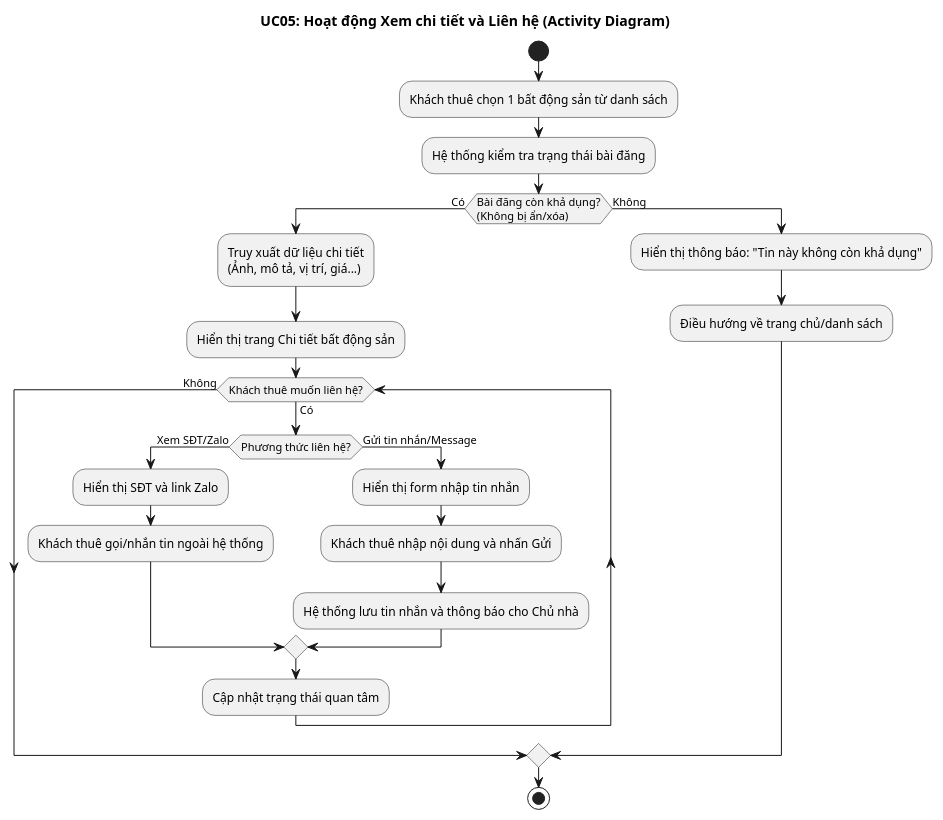
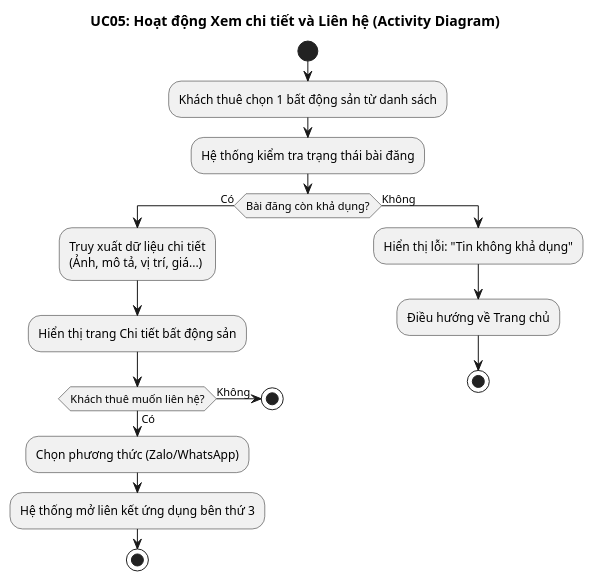
One commit to chishiya2309/LeaseLink-Backend changed the diagram in src/main/java/vn/hcmute/edu/lequanghung_nguyenthaibao/backend/uml/UC05_XemChiTiet_LienHe/UC05_XemChiTiet_LienHe_Activity.puml. Above: the diagram before and after it, drawn with PlantUML. The commit also changed 8 other files, not shown here.

```diff
--- a/src/main/java/vn/hcmute/edu/lequanghung_nguyenthaibao/backend/uml/UC05_XemChiTiet_LienHe/UC05_XemChiTiet_LienHe_Activity.puml
+++ b/src/main/java/vn/hcmute/edu/lequanghung_nguyenthaibao/backend/uml/UC05_XemChiTiet_LienHe/UC05_XemChiTiet_LienHe_Activity.puml
@@ -1,33 +1,27 @@
 @startuml
 title UC05: Hoạt động Xem chi tiết và Liên hệ (Activity Diagram)
 
 start
 
 :Khách thuê chọn 1 bất động sản từ danh sách;
 
 :Hệ thống kiểm tra trạng thái bài đăng;
 
-if (Bài đăng còn khả dụng?\n(Không bị ẩn/xóa)) then (Có)
+if (Bài đăng còn khả dụng?) then (Có)
   :Truy xuất dữ liệu chi tiết\n(Ảnh, mô tả, vị trí, giá...);
   :Hiển thị trang Chi tiết bất động sản;
-  
-  while (Khách thuê muốn liên hệ?) is (Có)
-    if (Phương thức liên hệ?) then (Xem SĐT/Zalo)
-      :Hiển thị SĐT và link Zalo;
-      :Khách thuê gọi/nhắn tin ngoài hệ thống;
-    else (Gửi tin nhắn/Message)
-      :Hiển thị form nhập tin nhắn;
-      :Khách thuê nhập nội dung và nhấn Gửi;
-      :Hệ thống lưu tin nhắn và thông báo cho Chủ nhà;
-    endif
-    
-    :Cập nhật trạng thái quan tâm;
-  endwhile (Không)
-  
+
+  if (Khách thuê muốn liên hệ?) then (Có)
+    :Chọn phương thức (Zalo/WhatsApp);
+    :Hệ thống mở liên kết ứng dụng bên thứ 3;
+    stop
+  else (Không)
+    stop
+  endif
+
 else (Không)
-  :Hiển thị thông báo: "Tin này không còn khả dụng";
-  :Điều hướng về trang chủ/danh sách;
+  :Hiển thị lỗi: "Tin không khả dụng";
+  :Điều hướng về Trang chủ;
+  stop
 endif
-
-stop
 @enduml
```
